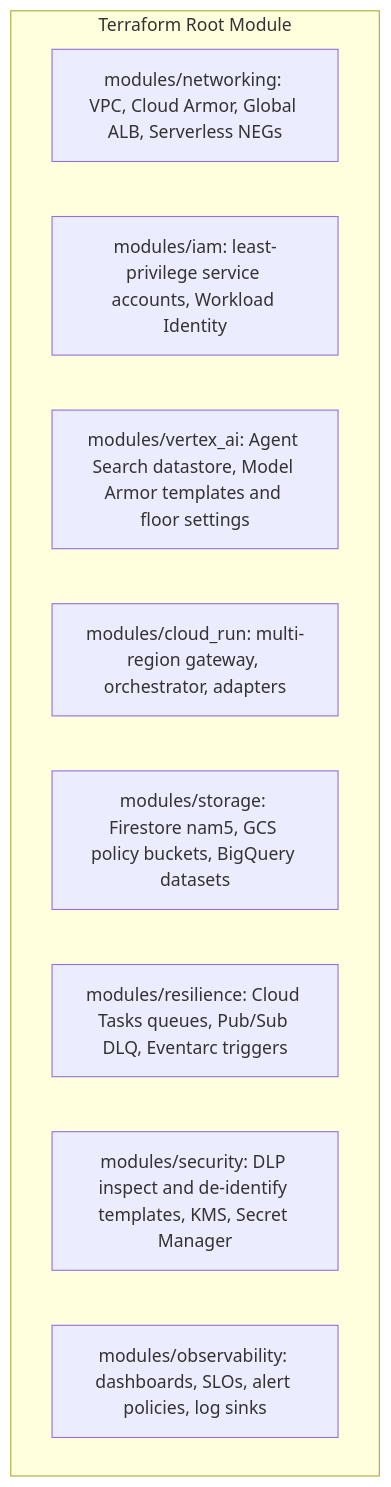
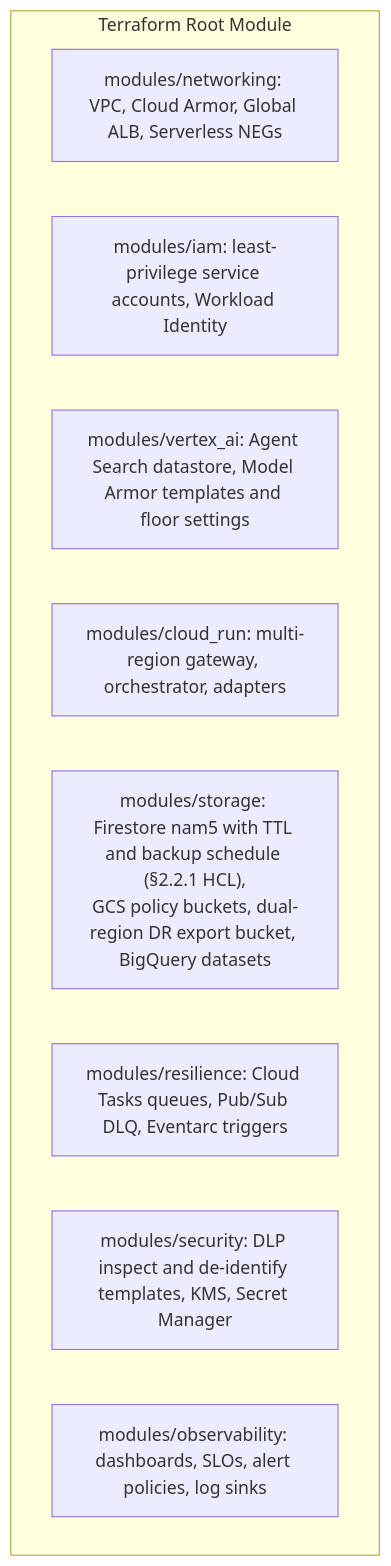
One commit to randyh0329/PRJ-ELEVATE-C1-G5 changed diagram 25 of 29 in Enterprise Agentic Solution Design Document - MVP 1.md. Above: the diagram before and after it, drawn with Mermaid. The commit also changed other lines of this file, not shown here.

````diff
--- a/Enterprise Agentic Solution Design Document - MVP 1.md
+++ b/Enterprise Agentic Solution Design Document - MVP 1.md
@@ -2013,13 +2450,13 @@
 ```mermaid
 graph TD
     subgraph TF["Terraform Root Module"]
         M1["modules/networking: VPC, Cloud Armor, Global ALB, Serverless NEGs"]
         M2["modules/iam: least-privilege service accounts, Workload Identity"]
         M3["modules/vertex_ai: Agent Search datastore, Model Armor templates and floor settings"]
         M4["modules/cloud_run: multi-region gateway, orchestrator, adapters"]
-        M5["modules/storage: Firestore nam5, GCS policy buckets, BigQuery datasets"]
+        M5["modules/storage: Firestore nam5 with TTL and backup schedule (§2.2.1 HCL),<br>GCS policy buckets, dual-region DR export bucket, BigQuery datasets"]
         M6["modules/resilience: Cloud Tasks queues, Pub/Sub DLQ, Eventarc triggers"]
         M7["modules/security: DLP inspect and de-identify templates, KMS, Secret Manager"]
         M8["modules/observability: dashboards, SLOs, alert policies, log sinks"]
     end
 ```
````
